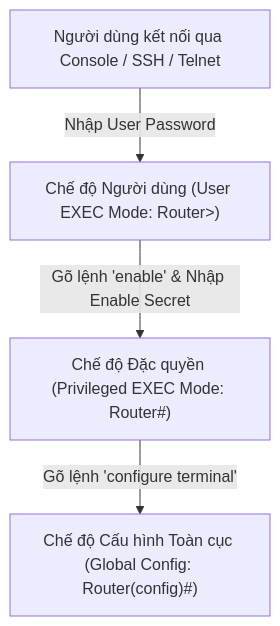
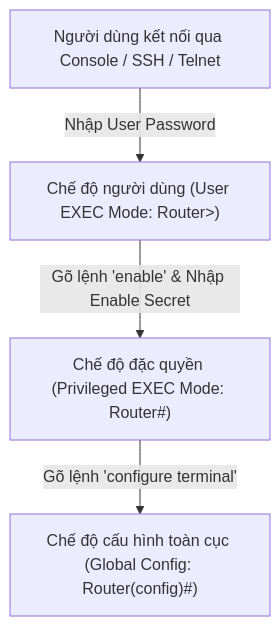
One commit to phattvh/HackTheBox_Translate changed the first of 4 diagrams in Junior Cybersecurity Analyst/3. Introduction to Networking/17. Vendor Specific Information.md. Above: the diagram before and after it, drawn with Mermaid. The commit also changed other lines of this file and 5 other files, not shown here.

````diff
--- a/Junior Cybersecurity Analyst/3. Introduction to Networking/17. Vendor Specific Information.md
+++ b/Junior Cybersecurity Analyst/3. Introduction to Networking/17. Vendor Specific Information.md
@@ -36,6 +36,6 @@
 ```mermaid
 graph TD
-    User["Người dùng kết nối qua Console / SSH / Telnet"] -->|"Nhập User Password"| UserMode["Chế độ Người dùng (User EXEC Mode: Router>)"]
-    UserMode -->|"Gõ lệnh 'enable' & Nhập Enable Secret"| PrivMode["Chế độ Đặc quyền (Privileged EXEC Mode: Router#)"]
-    PrivMode -->|"Gõ lệnh 'configure terminal'"| ConfigMode["Chế độ Cấu hình Toàn cục (Global Config: Router(config)#)"]
+    User["Người dùng kết nối qua Console / SSH / Telnet"] -->|"Nhập User Password"| UserMode["Chế độ người dùng (User EXEC Mode: Router>)"]
+    UserMode -->|"Gõ lệnh 'enable' & Nhập Enable Secret"| PrivMode["Chế độ đặc quyền (Privileged EXEC Mode: Router#)"]
+    PrivMode -->|"Gõ lệnh 'configure terminal'"| ConfigMode["Chế độ cấu hình toàn cục (Global Config: Router(config)#)"]
 ```
````
